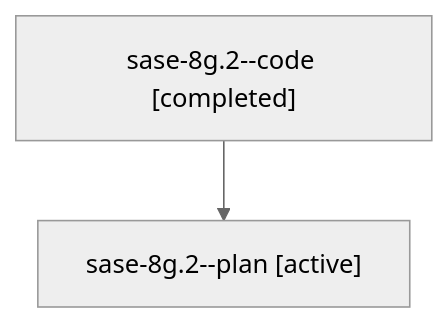
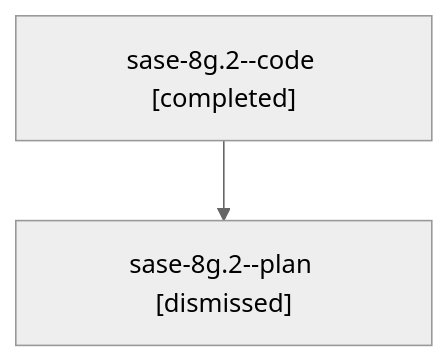
Before and after one commit to sase-org/sase--agents: the diagram in sessions/bbugyi200.athena.sase-8g.2.md, drawn with Mermaid (neutral theme). The commit also changed other lines of this file and 100 other files, not shown here.

````diff
--- a/sessions/bbugyi200.athena.sase-8g.2.md
+++ b/sessions/bbugyi200.athena.sase-8g.2.md
@@ -9,6 +9,6 @@
 ```mermaid
 flowchart TD
   n0["sase-8g.2--code [completed]"]
-  n1["sase-8g.2--plan [active]"]
+  n1["sase-8g.2--plan [dismissed]"]
   n0 --> n1
 ```
````
